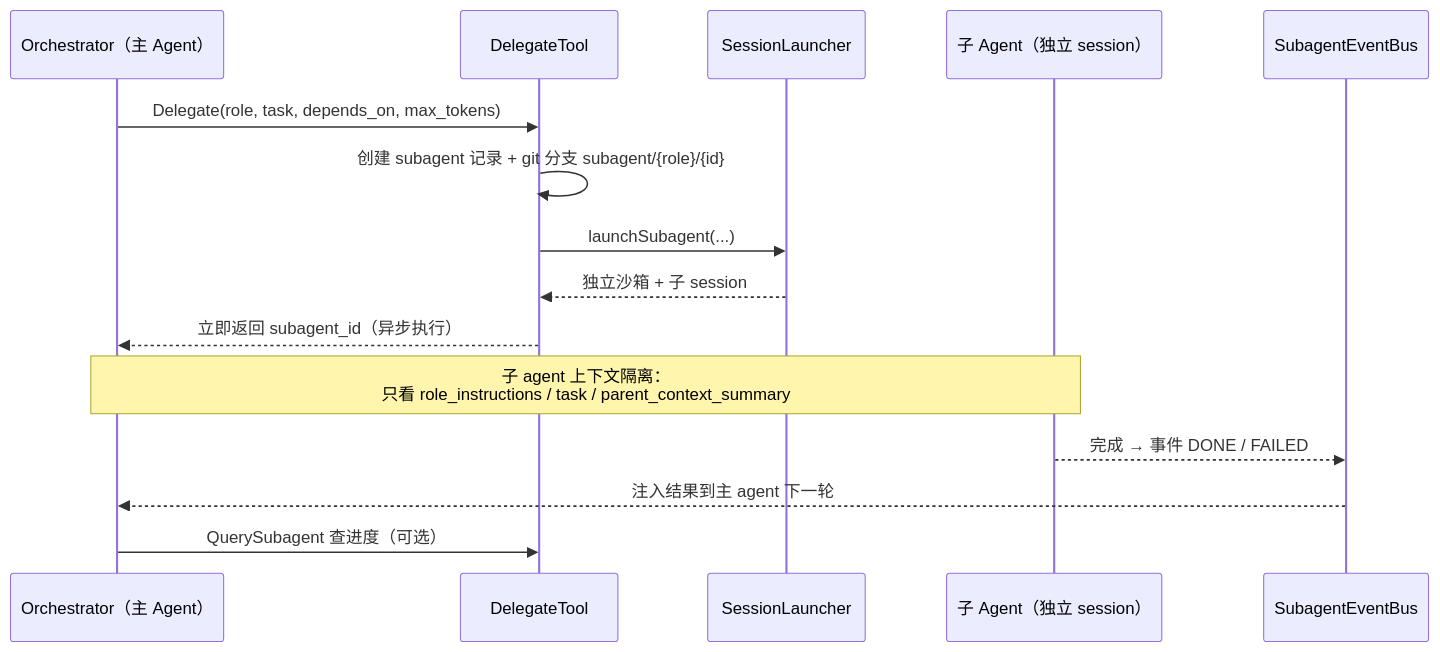
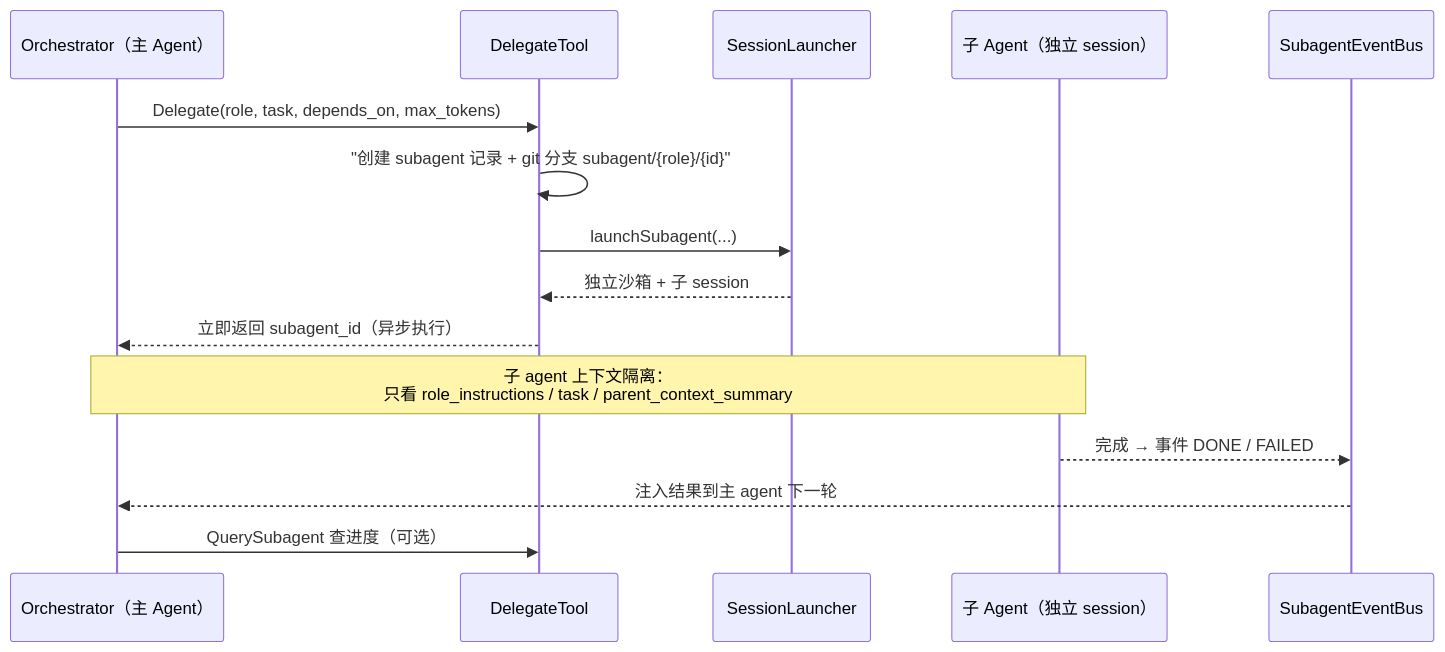
The third of 5 diagrams in docs/web-claude/15-Subagent编排.md (UranusGit/java-agent-learn), drawn with Mermaid before and after one commit. The commit also changed other lines of this file and 137 other files, not shown here.

First line of the commit message:
docs全库mermaid图质量深化：改写残留字符画、补缺图、修坏图

````diff
--- a/docs/web-claude/15-Subagent编排.md
+++ b/docs/web-claude/15-Subagent编排.md
@@ -268,17 +242,17 @@
 ```mermaid
 sequenceDiagram
     participant OR as Orchestrator（主 Agent）
     participant DT as DelegateTool
     participant SL as SessionLauncher
     participant SUB as 子 Agent（独立 session）
     participant BUS as SubagentEventBus
     OR->>DT: Delegate(role, task, depends_on, max_tokens)
-    DT->>DT: 创建 subagent 记录 + git 分支 subagent/{role}/{id}
+    DT->>DT: "创建 subagent 记录 + git 分支 subagent/{role}/{id}"
     DT->>SL: launchSubagent(...)
     SL-->>DT: 独立沙箱 + 子 session
     DT-->>OR: 立即返回 subagent_id（异步执行）
     Note over OR,SUB: 子 agent 上下文隔离：<br/>只看 role_instructions / task / parent_context_summary
     SUB-->>BUS: 完成 → 事件 DONE / FAILED
     BUS-->>OR: 注入结果到主 agent 下一轮
     OR->>DT: QuerySubagent 查进度（可选）
 ```
````
